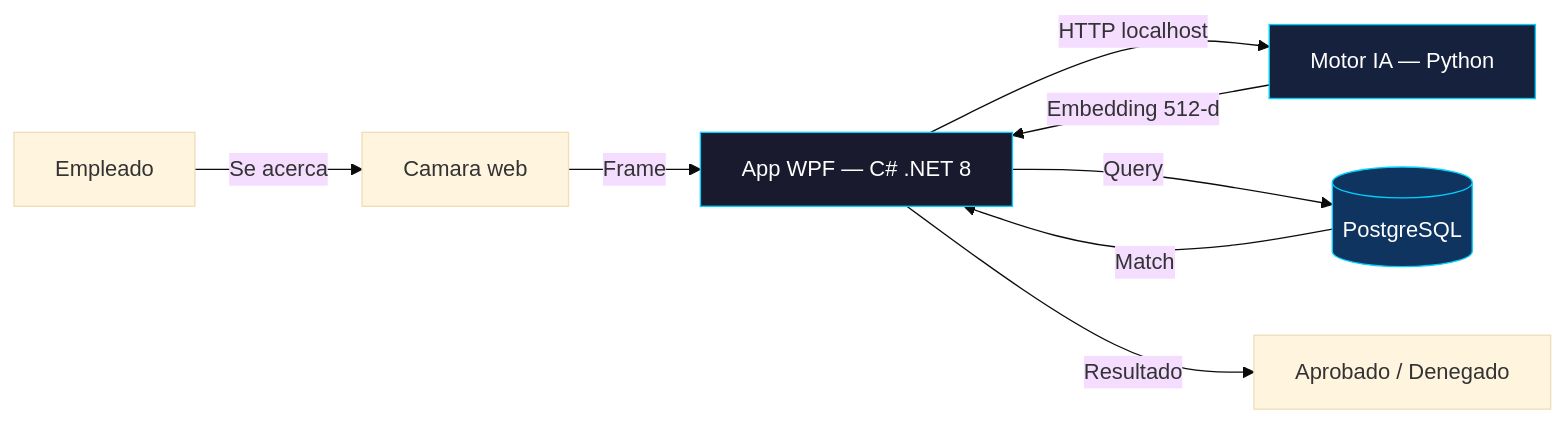
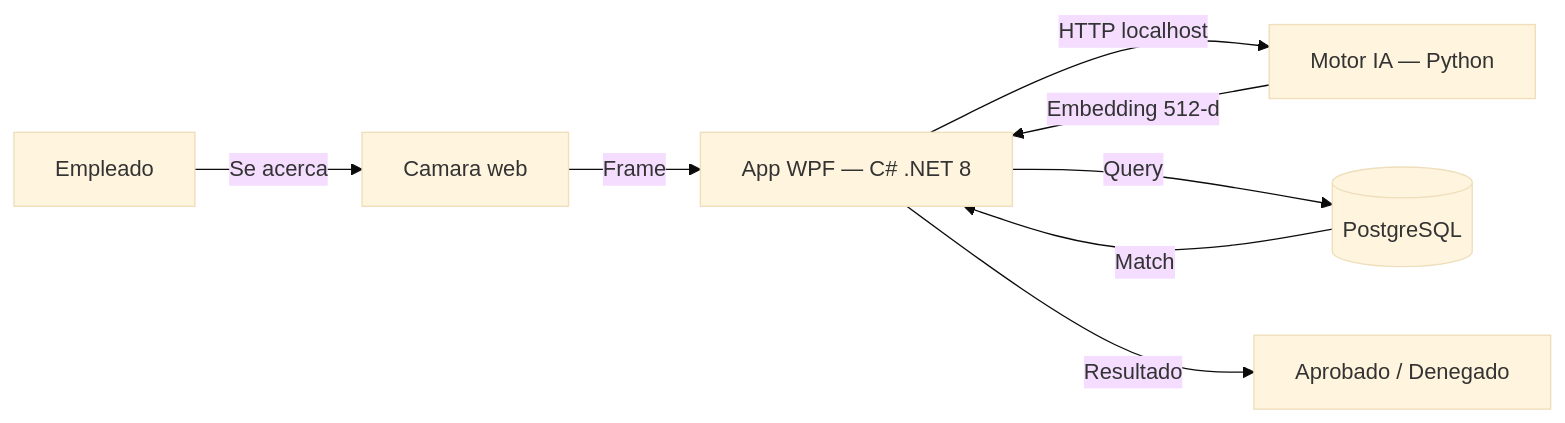
Before and after one commit to ramarstudio/RAMar_Repo: the diagram in docs/index.md, drawn with Mermaid (base theme). The commit also changed other lines of this file and 6 other files, not shown here.

````diff
--- a/docs/index.md
+++ b/docs/index.md
@@ -124,14 +105,10 @@
 ```mermaid
 graph LR
     A[Empleado] -->|Se acerca| B[Camara web]
     B -->|Frame| C[App WPF — C# .NET 8]
     C -->|HTTP localhost| D[Motor IA — Python]
     D -->|Embedding 512-d| C
     C -->|Query| E[(PostgreSQL)]
     E -->|Match| C
     C -->|Resultado| F[Aprobado / Denegado]
-
-    style C fill:#1a1a2e,stroke:#00d2ff,color:#fff
-    style D fill:#16213e,stroke:#00d2ff,color:#fff
-    style E fill:#0f3460,stroke:#00d2ff,color:#fff
 ```
````
